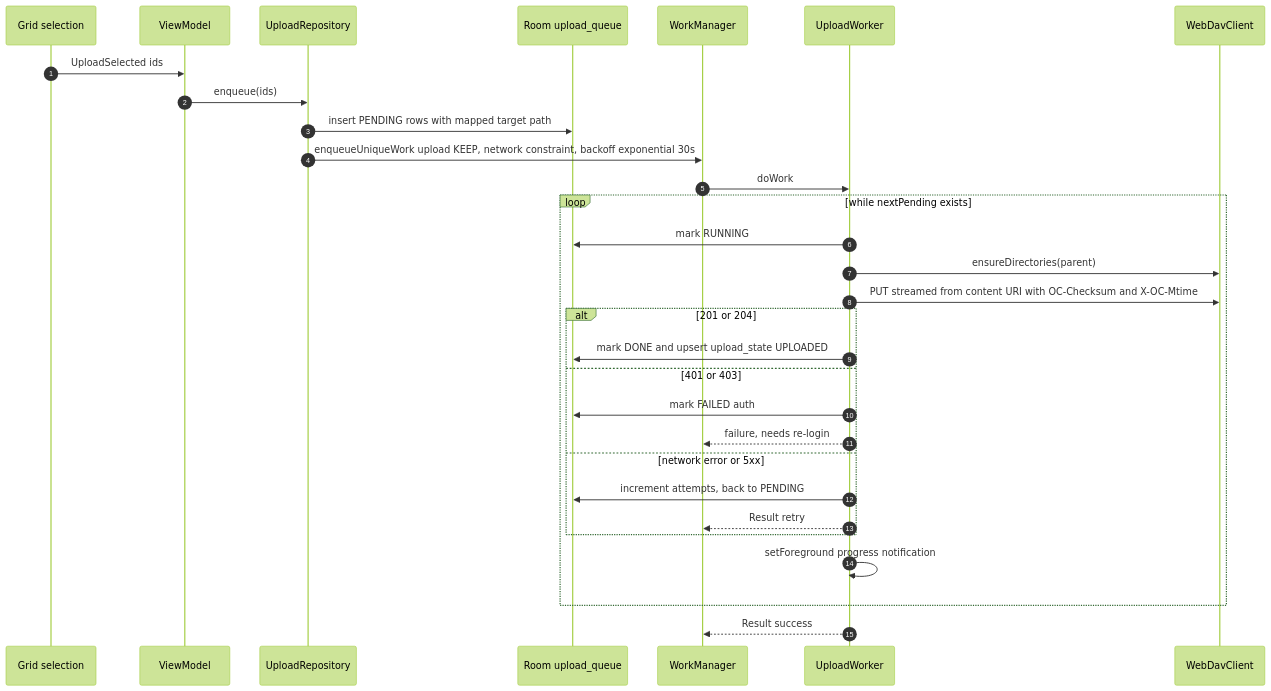
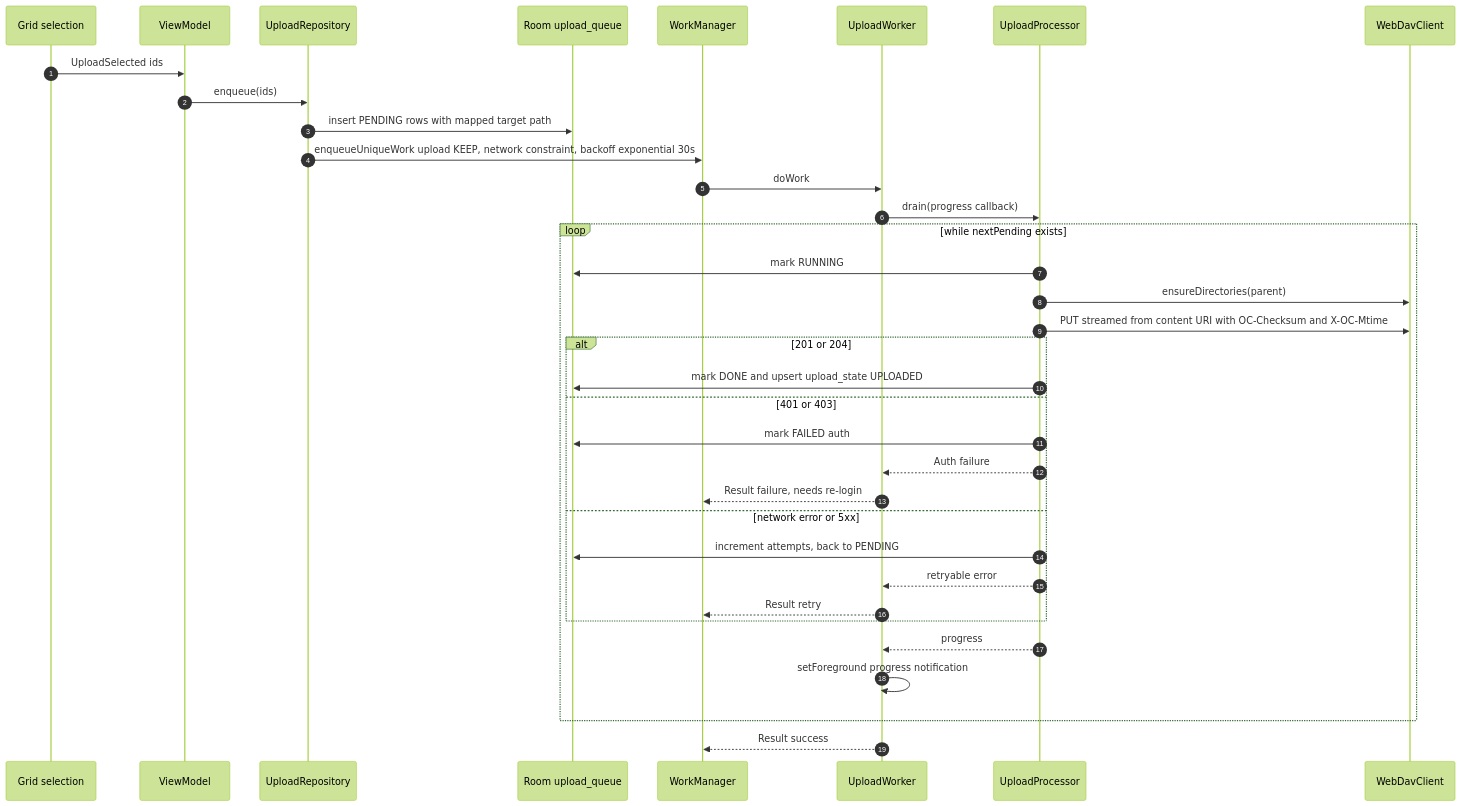
Before and after one commit to drehtuer/NextGalleryApp: diagram 11 of 12 in docs/ARCHITECTURE.md, drawn with Mermaid (forest theme). The commit also changed other lines of this file and 3 other files, not shown here.

````diff
--- a/docs/ARCHITECTURE.md
+++ b/docs/ARCHITECTURE.md
@@ -702,33 +729,38 @@
 ```mermaid
 sequenceDiagram
     autonumber
     participant UI as Grid selection
     participant VM as ViewModel
     participant Repo as UploadRepository
     participant DB as Room upload_queue
     participant WM as WorkManager
     participant W as UploadWorker
+    participant P as UploadProcessor
     participant Dav as WebDavClient
 
     UI->>VM: UploadSelected ids
     VM->>Repo: enqueue(ids)
     Repo->>DB: insert PENDING rows with mapped target path
     Repo->>WM: enqueueUniqueWork upload KEEP, network constraint, backoff exponential 30s
     WM->>W: doWork
+    W->>P: drain(progress callback)
     loop while nextPending exists
-        W->>DB: mark RUNNING
-        W->>Dav: ensureDirectories(parent)
-        W->>Dav: PUT streamed from content URI with OC-Checksum and X-OC-Mtime
+        P->>DB: mark RUNNING
+        P->>Dav: ensureDirectories(parent)
+        P->>Dav: PUT streamed from content URI with OC-Checksum and X-OC-Mtime
         alt 201 or 204
-            W->>DB: mark DONE and upsert upload_state UPLOADED
+            P->>DB: mark DONE and upsert upload_state UPLOADED
         else 401 or 403
-            W->>DB: mark FAILED auth
-            W-->>WM: failure, needs re-login
+            P->>DB: mark FAILED auth
+            P-->>W: Auth failure
+            W-->>WM: Result failure, needs re-login
         else network error or 5xx
-            W->>DB: increment attempts, back to PENDING
+            P->>DB: increment attempts, back to PENDING
+            P-->>W: retryable error
             W-->>WM: Result retry
         end
+        P-->>W: progress
         W->>W: setForeground progress notification
     end
     W-->>WM: Result success
 ```
````
